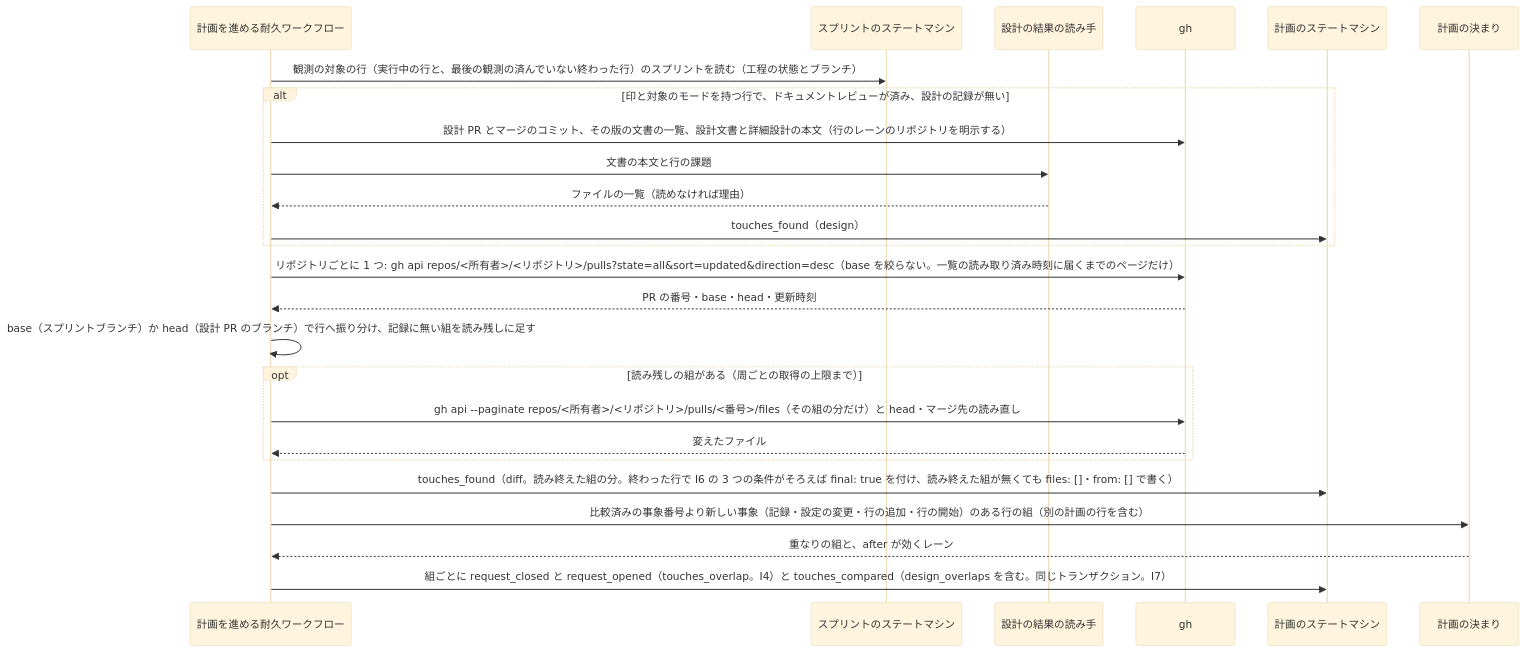
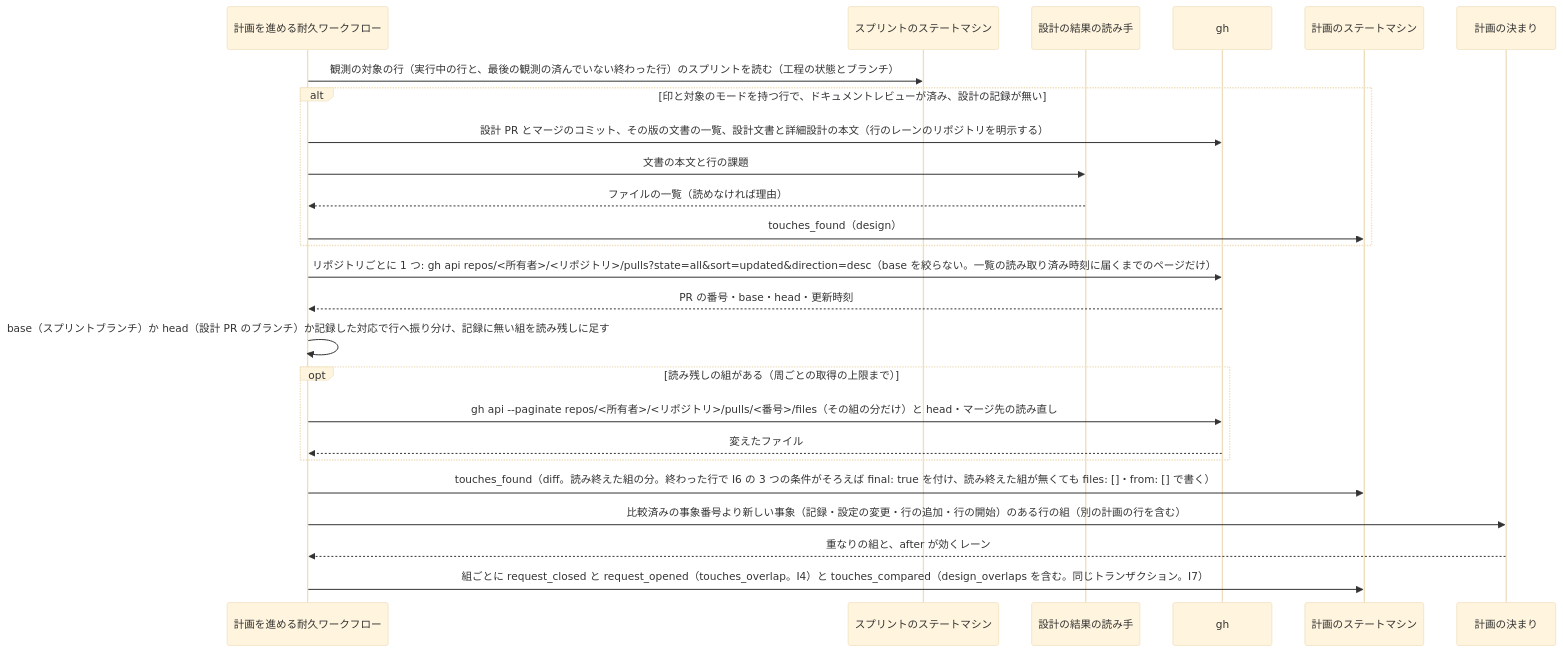
One commit to devbasex/ai-plugins changed the fourth of 5 diagrams in issues/issue-4295-2037-design.md. Above: the diagram before and after it, drawn with Mermaid (base theme). The commit also changed other lines of this file and 1 other file, not shown here.

````diff
--- a/issues/issue-4295-2037-design.md
+++ b/issues/issue-4295-2037-design.md
@@ -376,27 +376,27 @@
 ```mermaid
 sequenceDiagram
     participant RUN as 計画を進める耐久ワークフロー
     participant SP as スプリントのステートマシン
     participant DR as 設計の結果の読み手
     participant GH as gh
     participant PL as 計画のステートマシン
     participant RU as 計画の決まり
     RUN->>SP: 観測の対象の行（実行中の行と、最後の観測の済んでいない終わった行）のスプリントを読む（工程の状態とブランチ）
     alt 印と対象のモードを持つ行で、ドキュメントレビューが済み、設計の記録が無い
         RUN->>GH: 設計 PR とマージのコミット、その版の文書の一覧、設計文書と詳細設計の本文（行のレーンのリポジトリを明示する）
         RUN->>DR: 文書の本文と行の課題
         DR-->>RUN: ファイルの一覧（読めなければ理由）
         RUN->>PL: touches_found（design）
     end
     RUN->>GH: リポジトリごとに 1 つ: gh api repos/<所有者>/<リポジトリ>/pulls?state=all&sort=updated&direction=desc（base を絞らない。一覧の読み取り済み時刻に届くまでのページだけ）
     GH-->>RUN: PR の番号・base・head・更新時刻
-    RUN->>RUN: base（スプリントブランチ）か head（設計 PR のブランチ）で行へ振り分け、記録に無い組を読み残しに足す
+    RUN->>RUN: base（スプリントブランチ）か head（設計 PR のブランチ）か記録した対応で行へ振り分け、記録に無い組を読み残しに足す
     opt 読み残しの組がある（周ごとの取得の上限まで）
         RUN->>GH: gh api --paginate repos/<所有者>/<リポジトリ>/pulls/<番号>/files（その組の分だけ）と head・マージ先の読み直し
         GH-->>RUN: 変えたファイル
     end
     RUN->>PL: touches_found（diff。読み終えた組の分。終わった行で I6 の 3 つの条件がそろえば final: true を付け、読み終えた組が無くても files: []・from: [] で書く）
     RUN->>RU: 比較済みの事象番号より新しい事象（記録・設定の変更・行の追加・行の開始）のある行の組（別の計画の行を含む）
     RU-->>RUN: 重なりの組と、after が効くレーン
     RUN->>PL: 組ごとに request_closed と request_opened（touches_overlap。I4）と touches_compared（design_overlaps を含む。同じトランザクション。I7）
 ```
````
